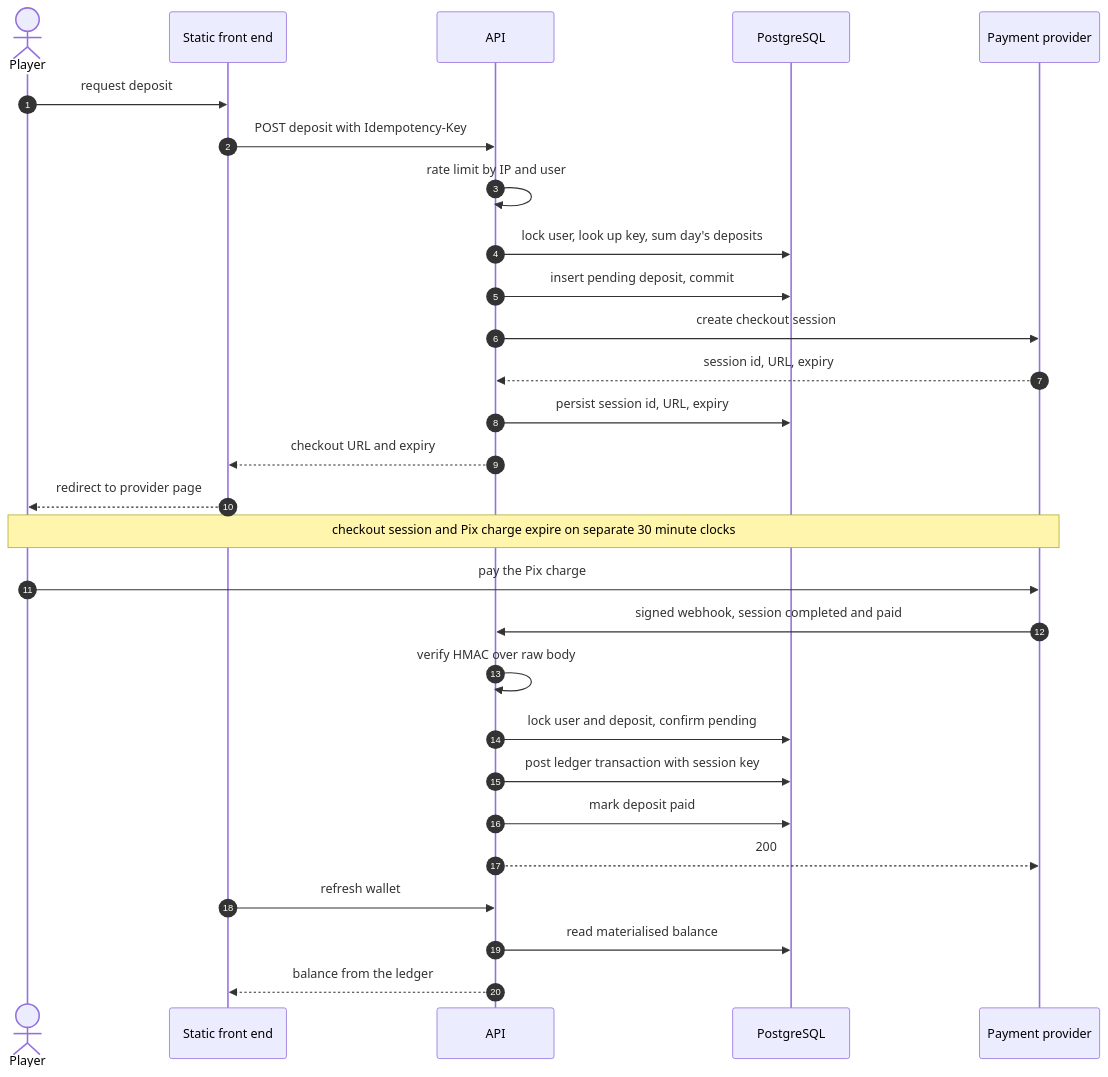
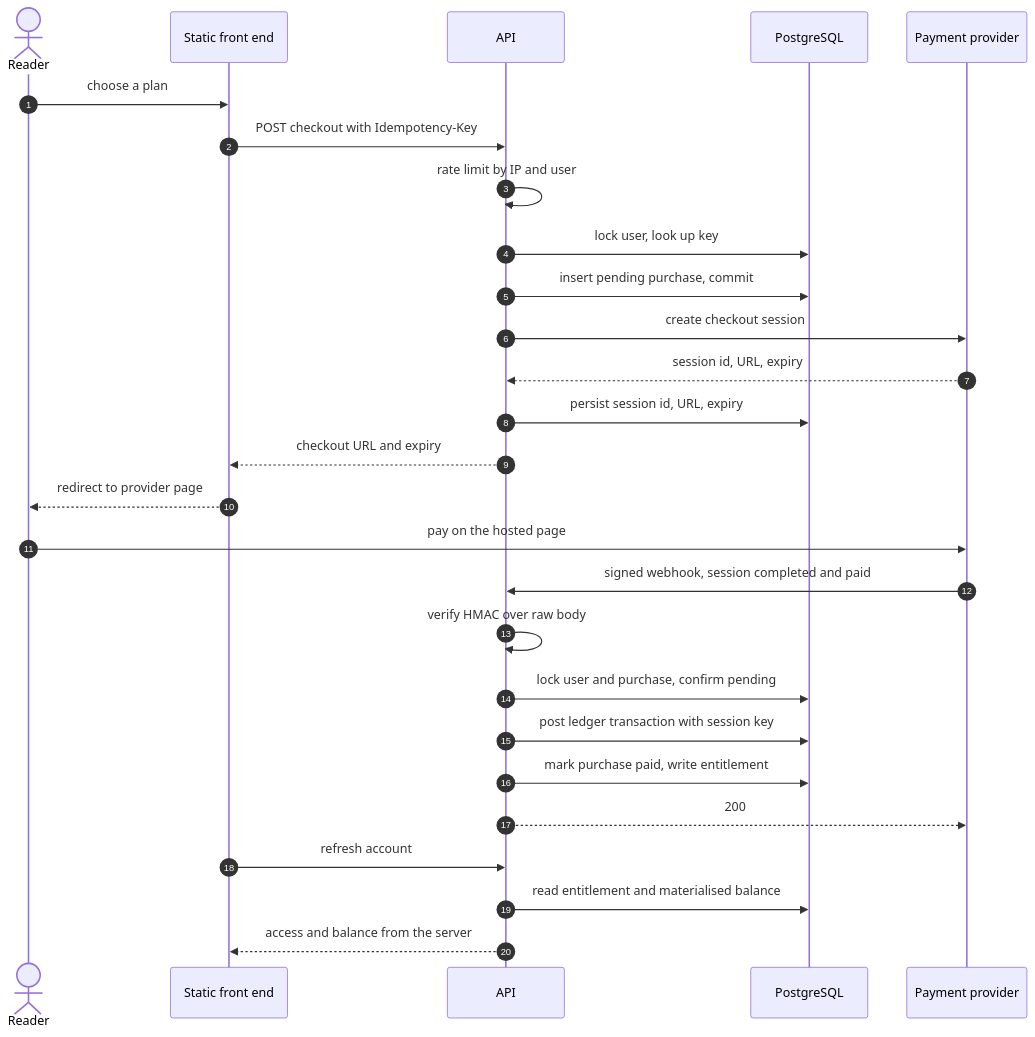
One commit to yahbeaumont/vai-de-qual changed the diagram in diagrams/flow.mmd. Above: the diagram before and after it, drawn with Mermaid. The commit also changed 19 other files, not shown here.

```diff
--- a/diagrams/flow.mmd
+++ b/diagrams/flow.mmd
@@ -1,29 +1,28 @@
 sequenceDiagram
     autonumber
-    actor P as Player
+    actor P as Reader
     participant FE as Static front end
     participant API as API
     participant DB as PostgreSQL
     participant PSP as Payment provider
 
-    P->>FE: request deposit
-    FE->>API: POST deposit with Idempotency-Key
+    P->>FE: choose a plan
+    FE->>API: POST checkout with Idempotency-Key
     API->>API: rate limit by IP and user
-    API->>DB: lock user, look up key, sum day's deposits
-    API->>DB: insert pending deposit, commit
+    API->>DB: lock user, look up key
+    API->>DB: insert pending purchase, commit
     API->>PSP: create checkout session
     PSP-->>API: session id, URL, expiry
     API->>DB: persist session id, URL, expiry
     API-->>FE: checkout URL and expiry
     FE-->>P: redirect to provider page
-    Note over P,PSP: checkout session and Pix charge expire on separate 30 minute clocks
-    P->>PSP: pay the Pix charge
+    P->>PSP: pay on the hosted page
     PSP->>API: signed webhook, session completed and paid
     API->>API: verify HMAC over raw body
-    API->>DB: lock user and deposit, confirm pending
+    API->>DB: lock user and purchase, confirm pending
     API->>DB: post ledger transaction with session key
-    API->>DB: mark deposit paid
+    API->>DB: mark purchase paid, write entitlement
     API-->>PSP: 200
-    FE->>API: refresh wallet
-    API->>DB: read materialised balance
-    API-->>FE: balance from the ledger
+    FE->>API: refresh account
+    API->>DB: read entitlement and materialised balance
+    API-->>FE: access and balance from the server
```
